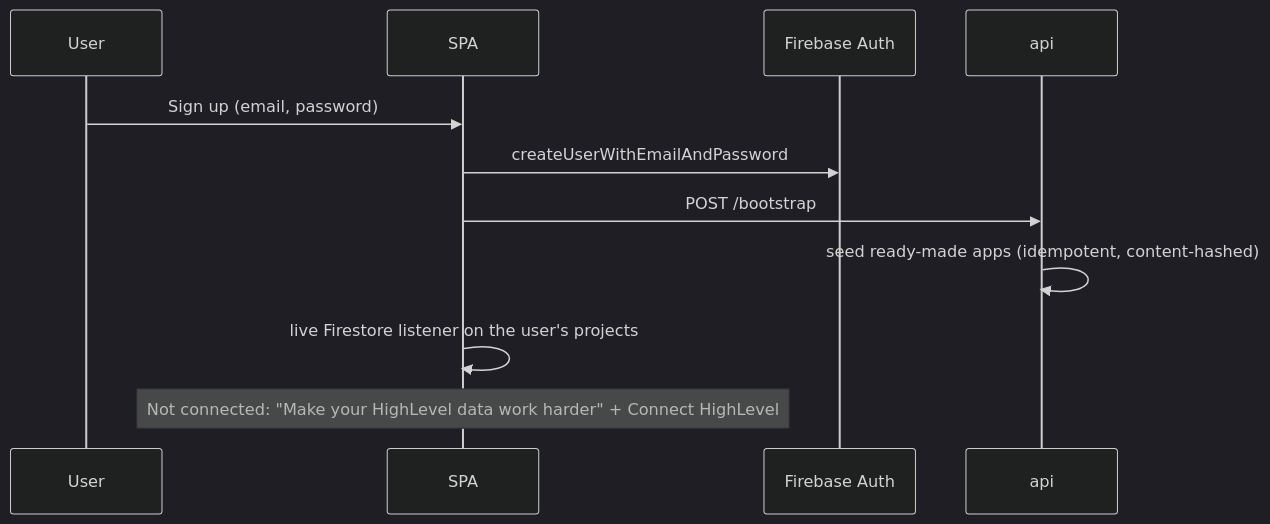
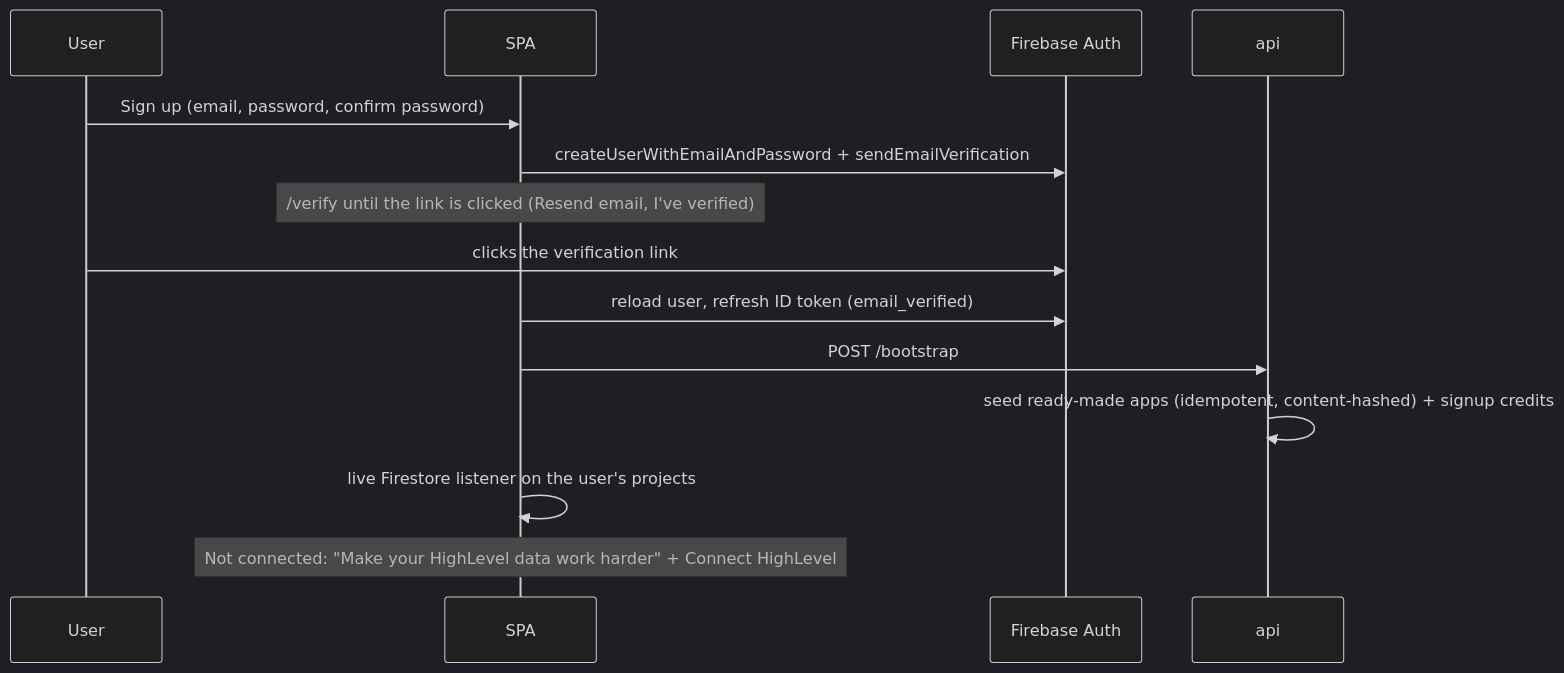
The second of 5 diagrams in docs/ARCHITECTURE.md (nirmalbenny/genesis), drawn with Mermaid (dark theme) before and after one commit. The commit also changed other lines of this file and 13 other files, not shown here.

First line of the commit message:
Require a verified email before the app can be used; confirm password on sign-up

````diff
--- a/docs/ARCHITECTURE.md
+++ b/docs/ARCHITECTURE.md
@@ -147,13 +147,16 @@
 ```mermaid
 sequenceDiagram
   participant U as User
   participant SPA
   participant A as Firebase Auth
   participant API as api
-  U->>SPA: Sign up (email, password)
-  SPA->>A: createUserWithEmailAndPassword
+  U->>SPA: Sign up (email, password, confirm password)
+  SPA->>A: createUserWithEmailAndPassword + sendEmailVerification
+  Note over SPA: /verify until the link is clicked (Resend email, I've verified)
+  U->>A: clicks the verification link
+  SPA->>A: reload user, refresh ID token (email_verified)
   SPA->>API: POST /bootstrap
-  API->>API: seed ready-made apps (idempotent, content-hashed)
+  API->>API: seed ready-made apps (idempotent, content-hashed) + signup credits
   SPA->>SPA: live Firestore listener on the user's projects
   Note over SPA: Not connected: "Make your HighLevel data work harder" + Connect HighLevel
 ```
````
